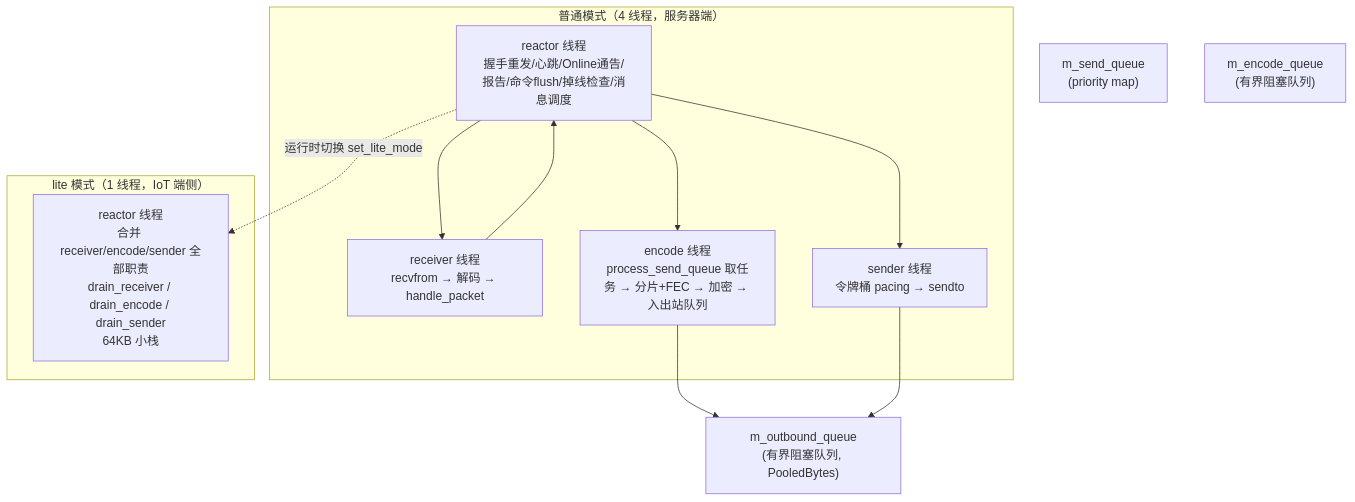
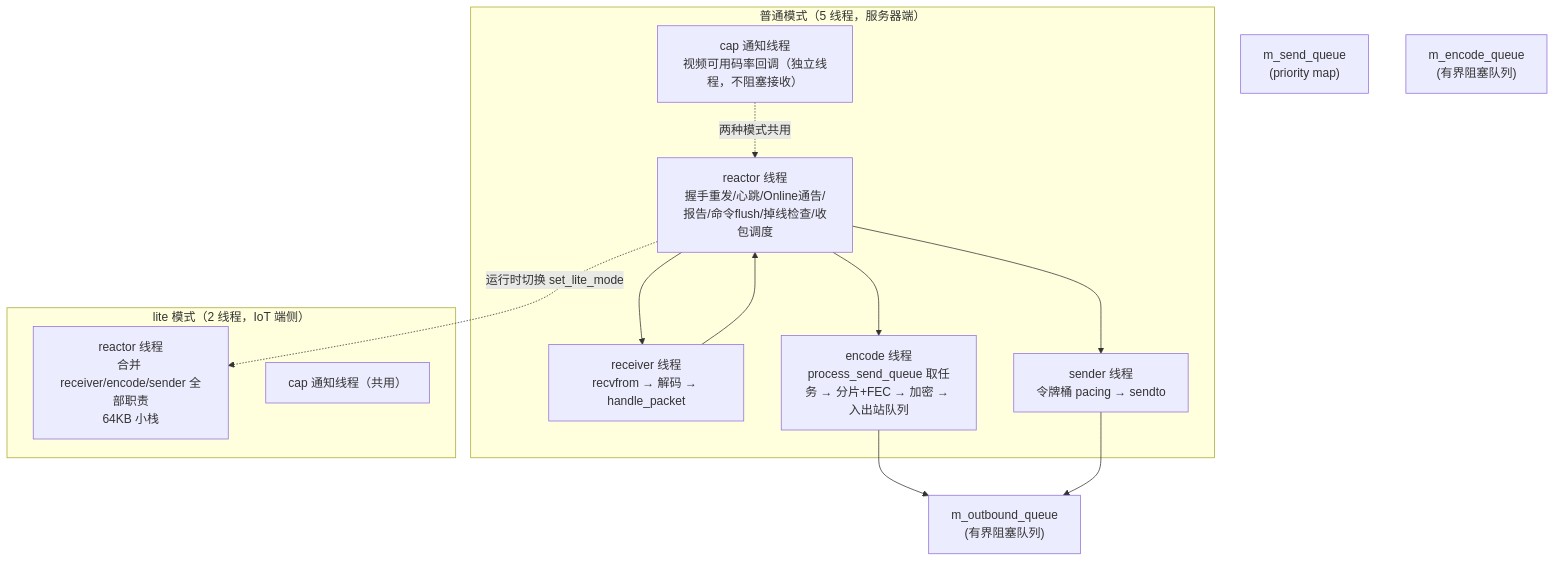
The second of 7 diagrams in docs/tight_architecture.md (arrayforward/tight), drawn with Mermaid before and after one commit. The commit also changed other lines of this file and 17 other files, not shown here.

````diff
--- a/docs/tight_architecture.md
+++ b/docs/tight_architecture.md
@@ -89,24 +69,27 @@
 ```mermaid
 flowchart TB
-    subgraph Normal["普通模式（4 线程，服务器端）"]
-        RT["reactor 线程<br/>握手重发/心跳/Online通告/报告/命令flush/掉线检查/消息调度"]
+    subgraph Normal["普通模式（5 线程，服务器端）"]
+        RT["reactor 线程<br/>握手重发/心跳/Online通告/报告/命令flush/掉线检查/收包调度"]
         RC["receiver 线程<br/>recvfrom → 解码 → handle_packet"]
         EN["encode 线程<br/>process_send_queue 取任务 → 分片+FEC → 加密 → 入出站队列"]
         SD["sender 线程<br/>令牌桶 pacing → sendto"]
+        CN["cap 通知线程<br/>视频可用码率回调（独立线程，不阻塞接收）"]
     end
-    subgraph Lite["lite 模式（1 线程，IoT 端侧）"]
-        RR["reactor 线程<br/>合并 receiver/encode/sender 全部职责<br/>drain_receiver / drain_encode / drain_sender<br/>64KB 小栈"]
+    subgraph Lite["lite 模式（2 线程，IoT 端侧）"]
+        RR["reactor 线程<br/>合并 receiver/encode/sender 全部职责<br/>64KB 小栈"]
+        CNL["cap 通知线程（共用）"]
     end
 
     RT --> RC
     RT --> EN
     RT --> SD
     RT -. 运行时切换 set_lite_mode .-> RR
+    CN -. 两种模式共用 .-> RT
 
     m_send_queue["m_send_queue<br/>(priority map<int, deque>)"]
     m_encode_queue["m_encode_queue<br/>(有界阻塞队列)"]
-    m_outbound_queue["m_outbound_queue<br/>(有界阻塞队列, PooledBytes)"]
+    m_outbound_queue["m_outbound_queue<br/>(有界阻塞队列)"]
     RC --> RT
     EN --> m_outbound_queue
     SD --> m_outbound_queue
 ```
````
